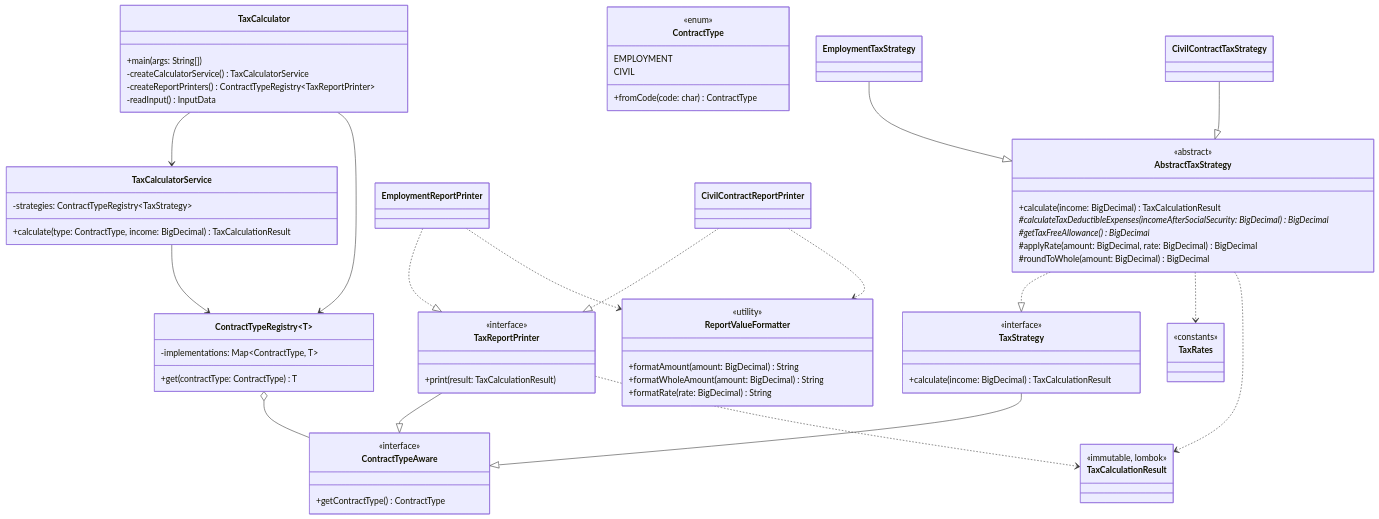
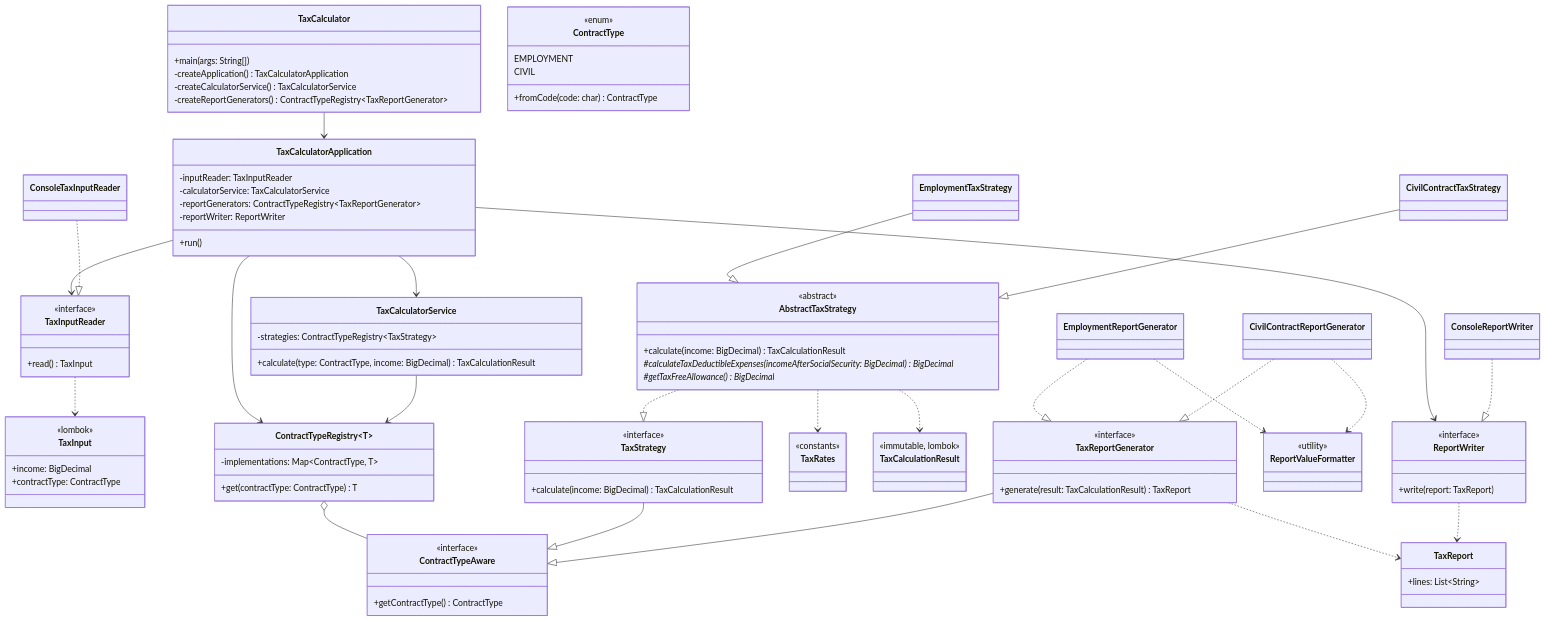
One commit to phaast/taxcalculator changed the diagram in REFACTORING_DECISIONS.md. Above: the diagram before and after it, drawn with Mermaid. The commit also changed other lines of this file, not shown here.

````diff
--- a/REFACTORING_DECISIONS.md
+++ b/REFACTORING_DECISIONS.md
@@ -32,9 +32,30 @@
 classDiagram
     class TaxCalculator {
         +main(args: String[])
+        -createApplication() TaxCalculatorApplication
         -createCalculatorService() TaxCalculatorService
-        -createReportPrinters() ContractTypeRegistry~TaxReportPrinter~
-        -readInput() InputData
+        -createReportGenerators() ContractTypeRegistry~TaxReportGenerator~
+    }
+
+    class TaxCalculatorApplication {
+        -inputReader: TaxInputReader
+        -calculatorService: TaxCalculatorService
+        -reportGenerators: ContractTypeRegistry~TaxReportGenerator~
+        -reportWriter: ReportWriter
+        +run()
+    }
+
+    class TaxInputReader {
+        <<interface>>
+        +read() TaxInput
+    }
+
+    class ConsoleTaxInputReader
+
+    class TaxInput {
+        <<lombok>>
+        +income: BigDecimal
+        +contractType: ContractType
     }
 
     class ContractType {
@@ -69,8 +90,6 @@
         +calculate(income: BigDecimal) TaxCalculationResult
         #calculateTaxDeductibleExpenses(incomeAfterSocialSecurity: BigDecimal)* BigDecimal
         #getTaxFreeAllowance()* BigDecimal
-        #applyRate(amount: BigDecimal, rate: BigDecimal) BigDecimal
-        #roundToWhole(amount: BigDecimal) BigDecimal
     }
 
     class EmploymentTaxStrategy
@@ -84,35 +103,50 @@
         <<immutable, lombok>>
     }
 
-    class TaxReportPrinter {
+    class TaxReportGenerator {
         <<interface>>
-        +print(result: TaxCalculationResult)
+        +generate(result: TaxCalculationResult) TaxReport
     }
 
-    class EmploymentReportPrinter
-    class CivilContractReportPrinter
+    class EmploymentReportGenerator
+    class CivilContractReportGenerator
+
+    class TaxReport {
+        +lines: List~String~
+    }
 
     class ReportValueFormatter {
         <<utility>>
-        +formatAmount(amount: BigDecimal) String
-        +formatWholeAmount(amount: BigDecimal) String
-        +formatRate(rate: BigDecimal) String
     }
 
-    TaxCalculator --> TaxCalculatorService
-    TaxCalculator --> ContractTypeRegistry
+    class ReportWriter {
+        <<interface>>
+        +write(report: TaxReport)
+    }
+
+    class ConsoleReportWriter
+
+    TaxCalculator --> TaxCalculatorApplication
+    TaxCalculatorApplication --> TaxInputReader
+    TaxCalculatorApplication --> TaxCalculatorService
+    TaxCalculatorApplication --> ContractTypeRegistry
+    TaxCalculatorApplication --> ReportWriter
+    ConsoleTaxInputReader ..|> TaxInputReader
+    TaxInputReader ..> TaxInput
     TaxCalculatorService --> ContractTypeRegistry
     ContractTypeRegistry o-- ContractTypeAware
     TaxStrategy --|> ContractTypeAware
-    TaxReportPrinter --|> ContractTypeAware
+    TaxReportGenerator --|> ContractTypeAware
     AbstractTaxStrategy ..|> TaxStrategy
     EmploymentTaxStrategy --|> AbstractTaxStrategy
     CivilContractTaxStrategy --|> AbstractTaxStrategy
     AbstractTaxStrategy ..> TaxRates
     AbstractTaxStrategy ..> TaxCalculationResult
-    EmploymentReportPrinter ..|> TaxReportPrinter
-    CivilContractReportPrinter ..|> TaxReportPrinter
-    EmploymentReportPrinter ..> ReportValueFormatter
-    CivilContractReportPrinter ..> ReportValueFormatter
-    TaxReportPrinter ..> TaxCalculationResult
+    EmploymentReportGenerator ..|> TaxReportGenerator
+    CivilContractReportGenerator ..|> TaxReportGenerator
+    EmploymentReportGenerator ..> ReportValueFormatter
+    CivilContractReportGenerator ..> ReportValueFormatter
+    TaxReportGenerator ..> TaxReport
+    ConsoleReportWriter ..|> ReportWriter
+    ReportWriter ..> TaxReport
 ```
````
